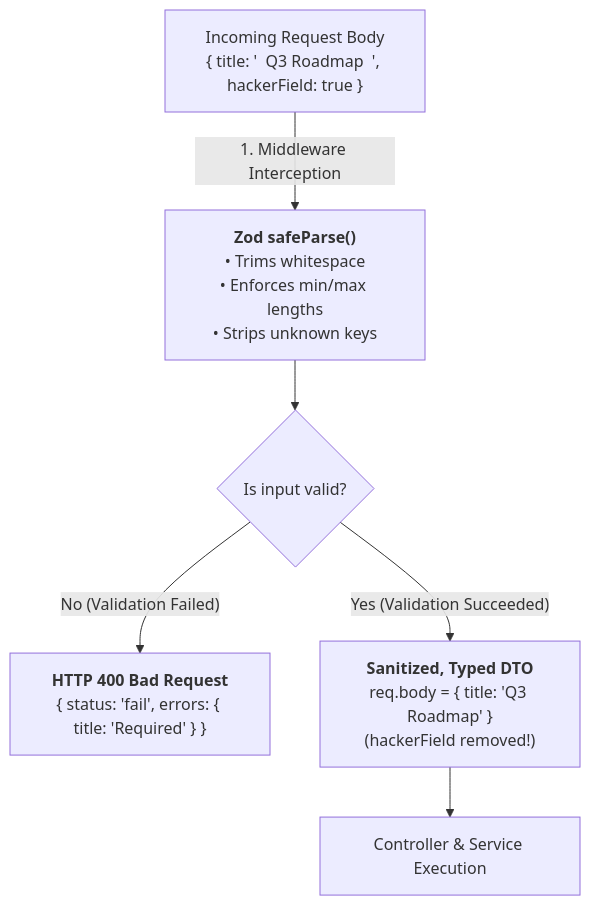
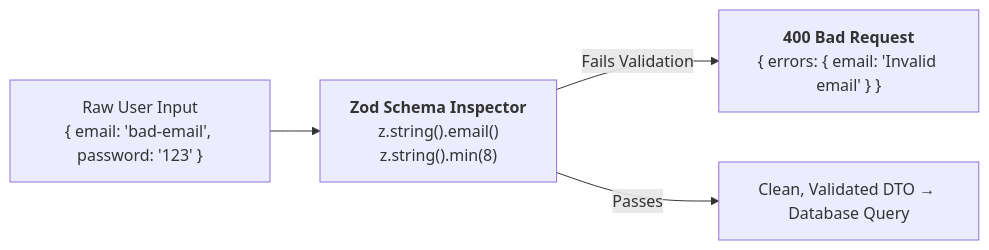
Before and after one commit to ajibolagenius/LagosDataSchool: the second of 3 diagrams in full_stack_development_class_notes/Week 18_ Validation, Error Handling & Testing.md, drawn with Mermaid. The commit also changed other lines of this file and 20 other files, not shown here.

````diff
--- a/full_stack_development_class_notes/Week 18_ Validation, Error Handling & Testing.md
+++ b/full_stack_development_class_notes/Week 18_ Validation, Error Handling & Testing.md
@@ -23,9 +38,7 @@
 ```mermaid
-flowchart TD
-    RawJSON["Incoming Request Body<br/>{ title: '  Q3 Roadmap  ', hackerField: true }"] -->|"1. Middleware Interception"| SafeParse["<b>Zod safeParse()</b><br/>• Trims whitespace<br/>• Enforces min/max lengths<br/>• Strips unknown keys"]
-    
-    SafeParse --> Branch{"Is input valid?"}
-    Branch -->|"No (Validation Failed)"| Return400["<b>HTTP 400 Bad Request</b><br/>{ status: 'fail', errors: { title: 'Required' } }"]
-    Branch -->|"Yes (Validation Succeeded)"| CleanDTO["<b>Sanitized, Typed DTO</b><br/>req.body = { title: 'Q3 Roadmap' }<br/>(hackerField removed!)"]
-    CleanDTO --> Controller["Controller & Service Execution"]
+flowchart LR
+    RAW["Raw User Input<br/>{ email: 'bad-email', password: '123' }"] 
+    --> ZOD["<b>Zod Schema Inspector</b><br/>z.string().email()<br/>z.string().min(8)"]
+    ZOD -->|Fails Validation| ERR["<b>400 Bad Request</b><br/>{ errors: { email: 'Invalid email' } }"]
+    ZOD -->|Passes| CLEAN["Clean, Validated DTO &rarr; Database Query"]
 ```
````
